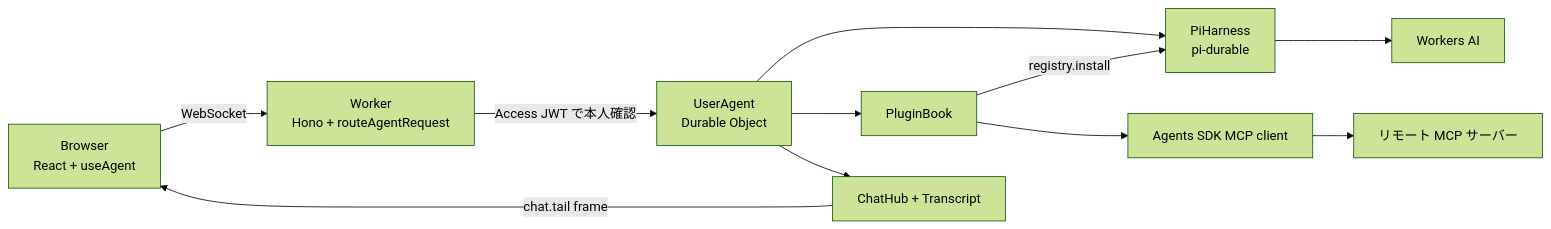
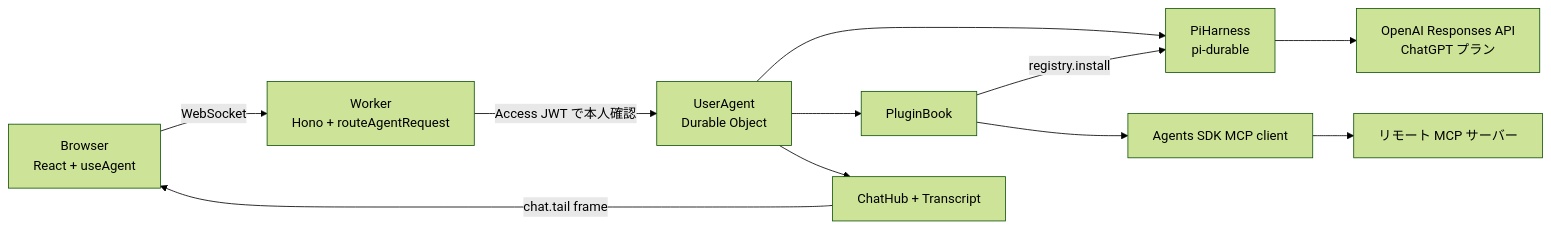
Before and after one commit to myksyut/plugin-agent-chat: the diagram in README.md, drawn with Mermaid (forest theme). The commit also changed other lines of this file, not shown here.

Commit message:
README: document connecting the ChatGPT plan and the credential smoke seam

````diff
--- a/README.md
+++ b/README.md
@@ -9,13 +9,13 @@
 ```mermaid
 flowchart LR
   B[Browser<br/>React + useAgent] -- WebSocket --> W[Worker<br/>Hono + routeAgentRequest]
   W -- Access JWT で本人確認 --> DO[UserAgent<br/>Durable Object]
   DO --> PI[PiHarness<br/>pi-durable]
-  PI --> AI[Workers AI]
+  PI --> AI[OpenAI Responses API<br/>ChatGPT プラン]
   DO --> BOOK[PluginBook]
   BOOK -- registry.install --> PI
   BOOK --> MCP[Agents SDK MCP client]
   MCP --> R[リモート MCP サーバー]
   DO --> HUB[ChatHub + Transcript]
   HUB -- chat.tail frame --> B
 ```
````
